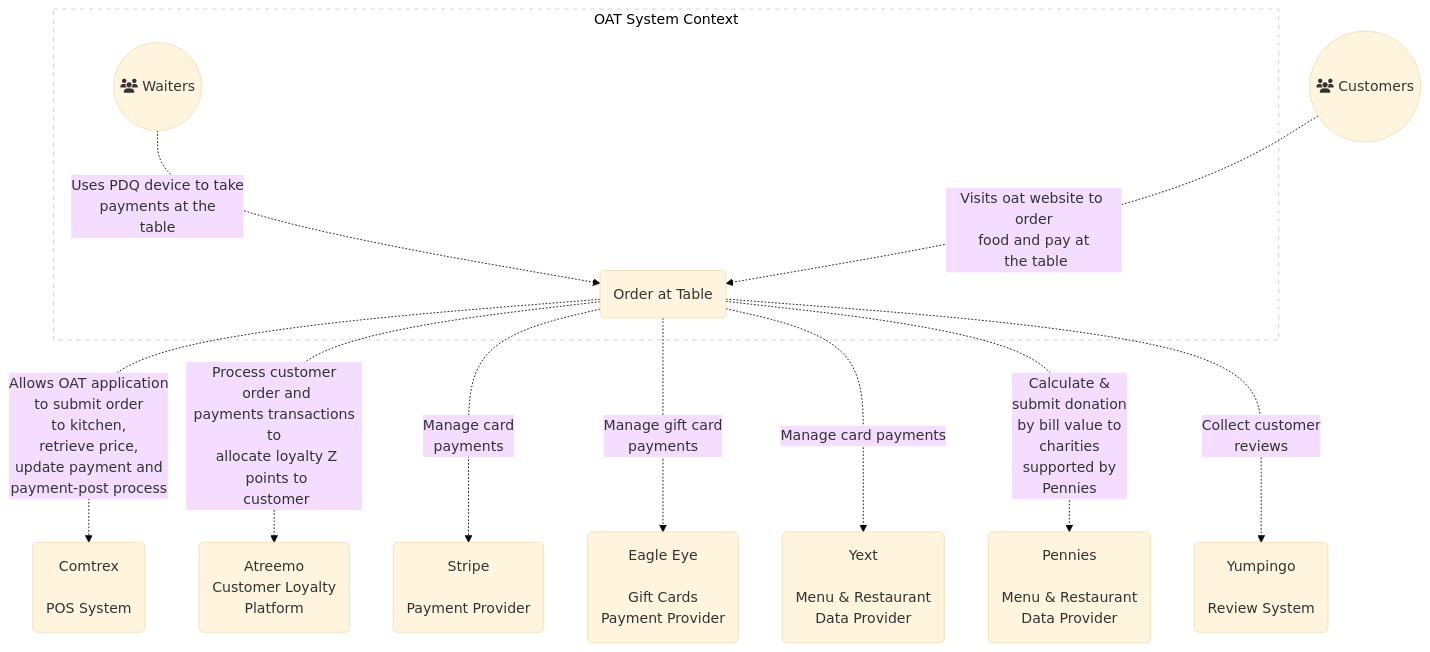
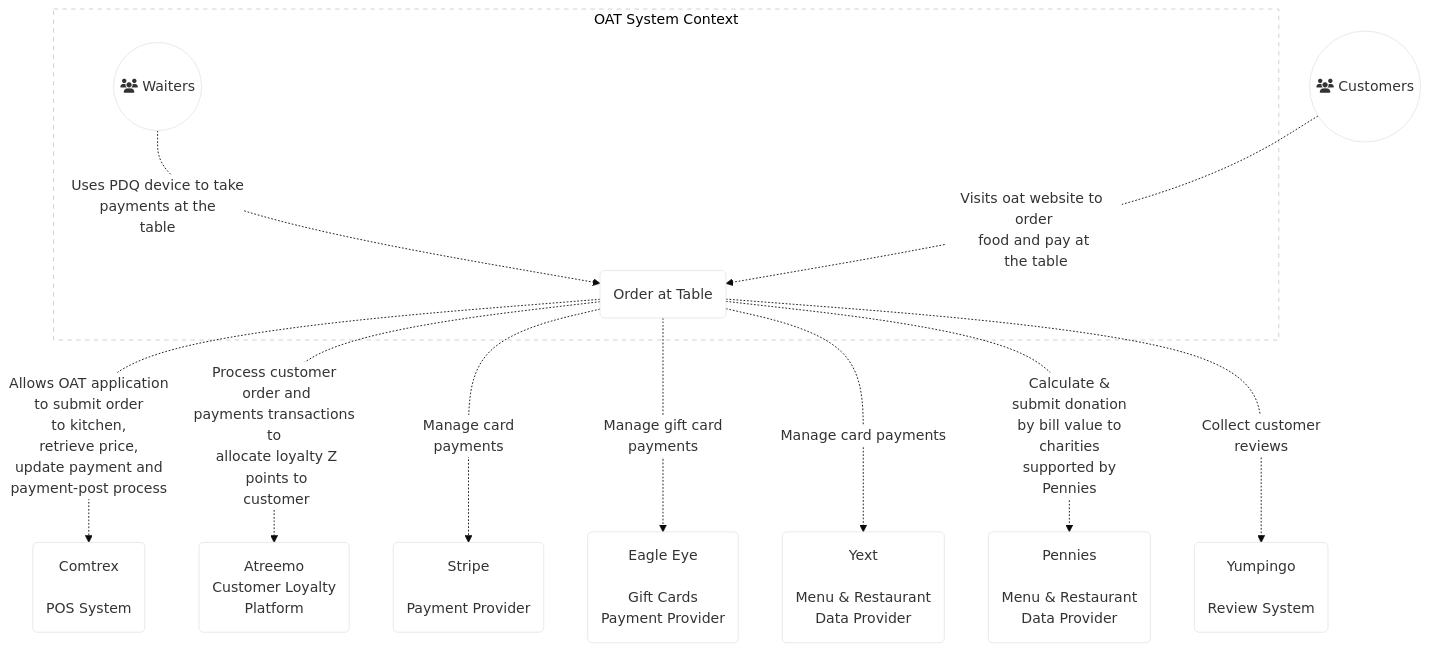
One commit to anandakumarpalanisamy/css-recipes changed the first of 5 diagrams in README.md. Above: the diagram before and after it, drawn with Mermaid.

````diff
--- a/README.md
+++ b/README.md
@@ -3,18 +3,18 @@
 ```mermaid
-%%{init: {'theme':'base'}}%%
+%%{init: {'theme':'base','themeVariables': { 'primaryColor': '#ffffff'}}}%%
 graph TB
     subgraph SystemContext [OAT System Context]
     style SystemContext fill:#fff,stroke:#ccc,stroke-width:1px,color:#000,stroke-dasharray: 5 5
     Waiter((fa:fa-users Waiters)) -. "Uses PDQ device to take<br/>payments at the<br/>table" .-> OAT(Order at Table)
     end
 
     Customer((fa:fa-users Customers)) -. "Visits oat website to order<br/>food and pay at<br/> the table" .-> OAT(Order at Table)
     OAT(Order at Table) -. "Allows OAT application<br/> to submit order<br/> to kitchen,<br/> retrieve price,<br/> update payment and<br/> payment-post process" .-> Comtrex(Comtrex<br/></br/>POS System )
     OAT(Order at Table) -. "Process customer<br/> order and<br/> payments transactions to<br/> allocate loyalty Z<br/> points to<br/> customer" .-> Atreemo(Atreemo <br/> Customer Loyalty <br/> Platform)
     OAT(Order at Table) -. "Manage card<br/> payments" .-> Stripe(Stripe <br/><br/> Payment Provider)
     OAT(Order at Table) -. "Manage gift card<br/> payments" .-> EagleEye(Eagle Eye <br/><br/> Gift Cards<br/> Payment Provider)
     OAT(Order at Table) -. "Manage card payments" .-> Yext(Yext <br/><br/> Menu & Restaurant<br> Data Provider)
     OAT(Order at Table) -. "Calculate &<br/> submit donation<br/> by bill value to<br/> charities<br/> supported by<br/> Pennies" .-> Pennies(Pennies <br/><br/> Menu & Restaurant<br> Data Provider)
     OAT(Order at Table) -. "Collect customer<br/> reviews" .-> Yumpingo(Yumpingo <br/><br/> Review System)
     
 ```
````
